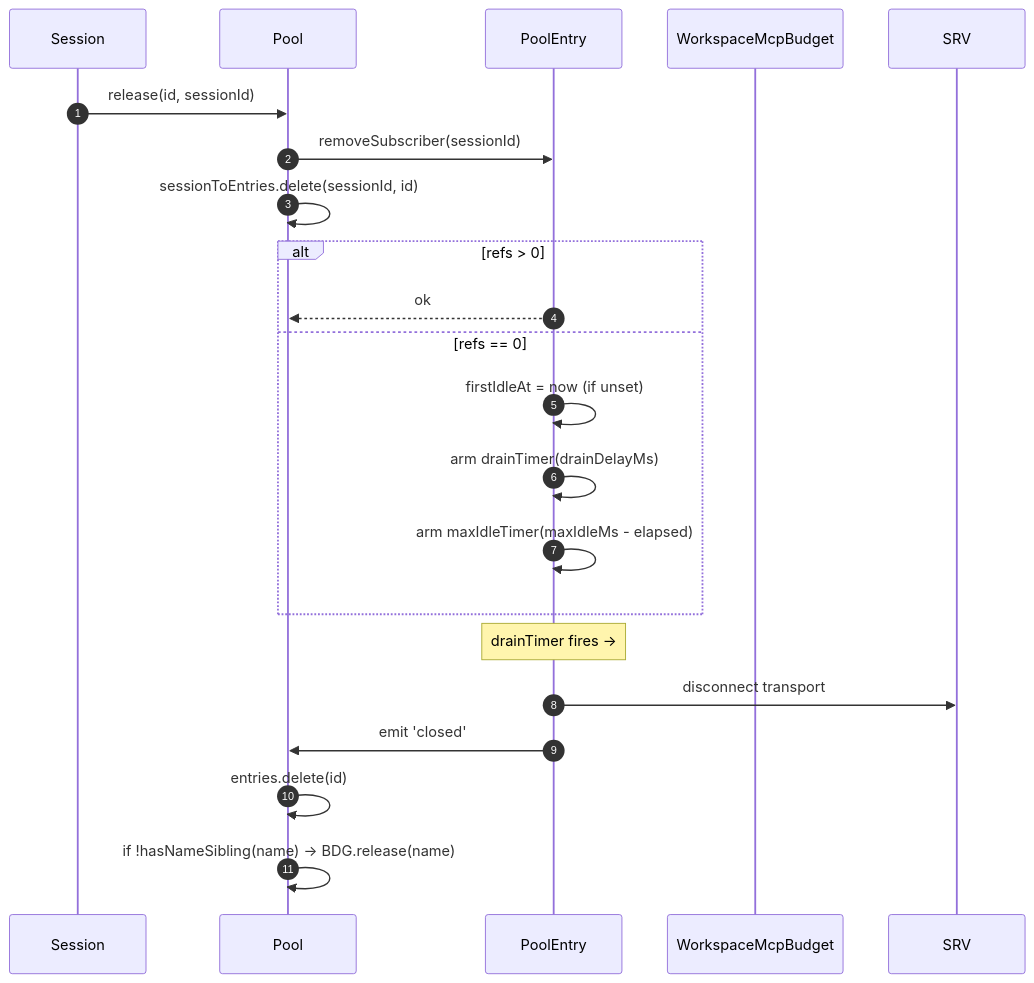
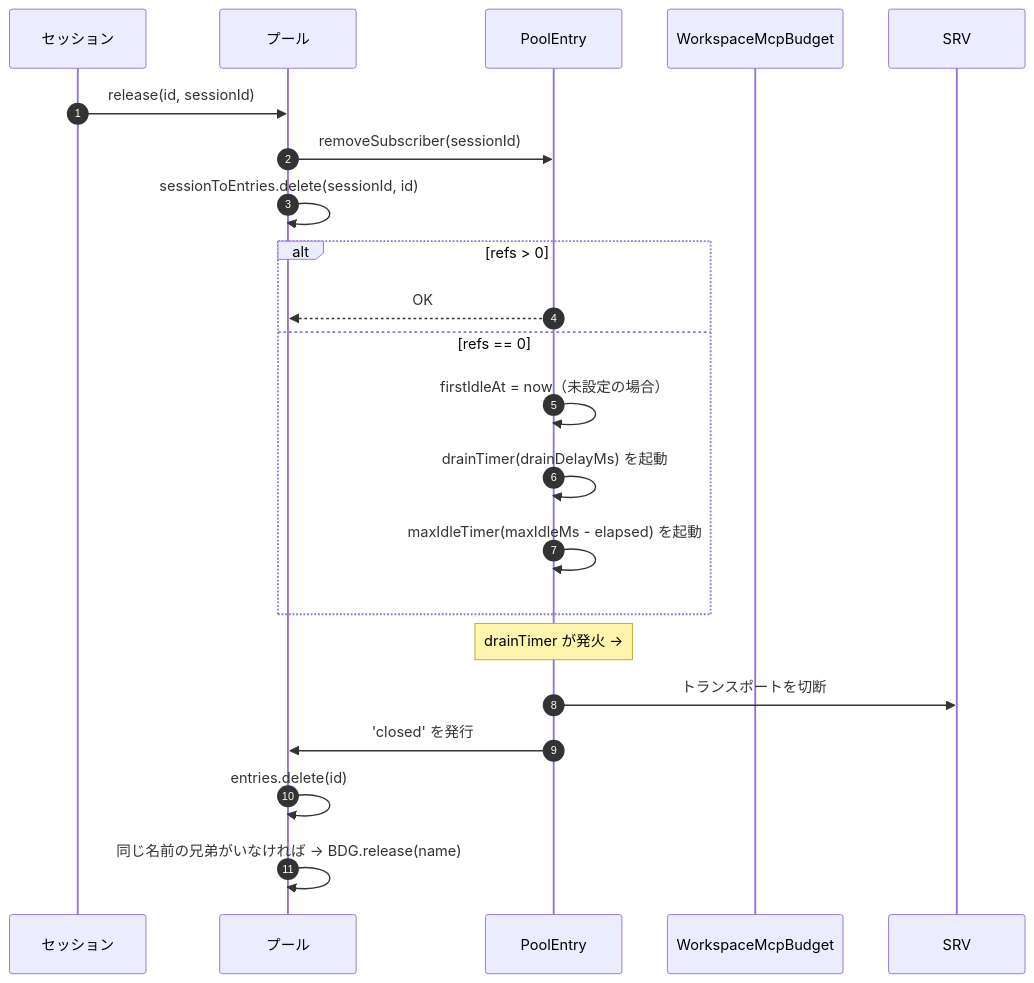
The second of 4 diagrams in website/content/ja/developers/daemon/05-mcp-transport-pool.md (QwenLM/qwen-code-docs), drawn with Mermaid before and after one commit. The commit also changed other lines of this file and 1077 other files, not shown here.

````diff
--- a/website/content/ja/developers/daemon/05-mcp-transport-pool.md
+++ b/website/content/ja/developers/daemon/05-mcp-transport-pool.md
@@ -144,24 +144,24 @@
 ```mermaid
 sequenceDiagram
     autonumber
-    participant S as Session
-    participant P as Pool
+    participant S as セッション
+    participant P as プール
     participant E as PoolEntry
     participant BDG as WorkspaceMcpBudget
 
     S->>P: release(id, sessionId)
     P->>E: removeSubscriber(sessionId)
     P->>P: sessionToEntries.delete(sessionId, id)
     alt refs > 0
-        E-->>P: ok
+        E-->>P: OK
     else refs == 0
-        E->>E: firstIdleAt = now (if unset)
-        E->>E: arm drainTimer(drainDelayMs)
-        E->>E: arm maxIdleTimer(maxIdleMs - elapsed)
+        E->>E: firstIdleAt = now（未設定の場合）
+        E->>E: drainTimer(drainDelayMs) を起動
+        E->>E: maxIdleTimer(maxIdleMs - elapsed) を起動
     end
-    Note over E: drainTimer fires →
-    E->>SRV: disconnect transport
-    E->>P: emit 'closed'
+    Note over E: drainTimer が発火 →
+    E->>SRV: トランスポートを切断
+    E->>P: 'closed' を発行
     P->>P: entries.delete(id)
-    P->>P: if !hasNameSibling(name) → BDG.release(name)
+    P->>P: 同じ名前の兄弟がいなければ → BDG.release(name)
 ```
````
